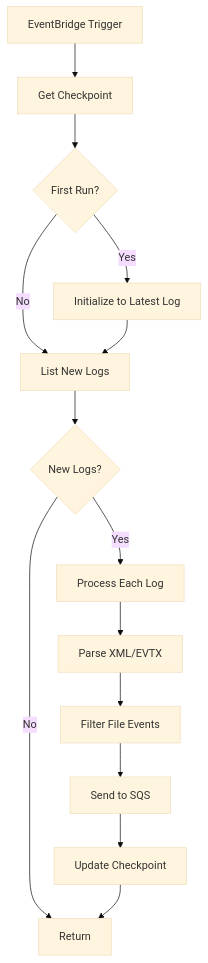
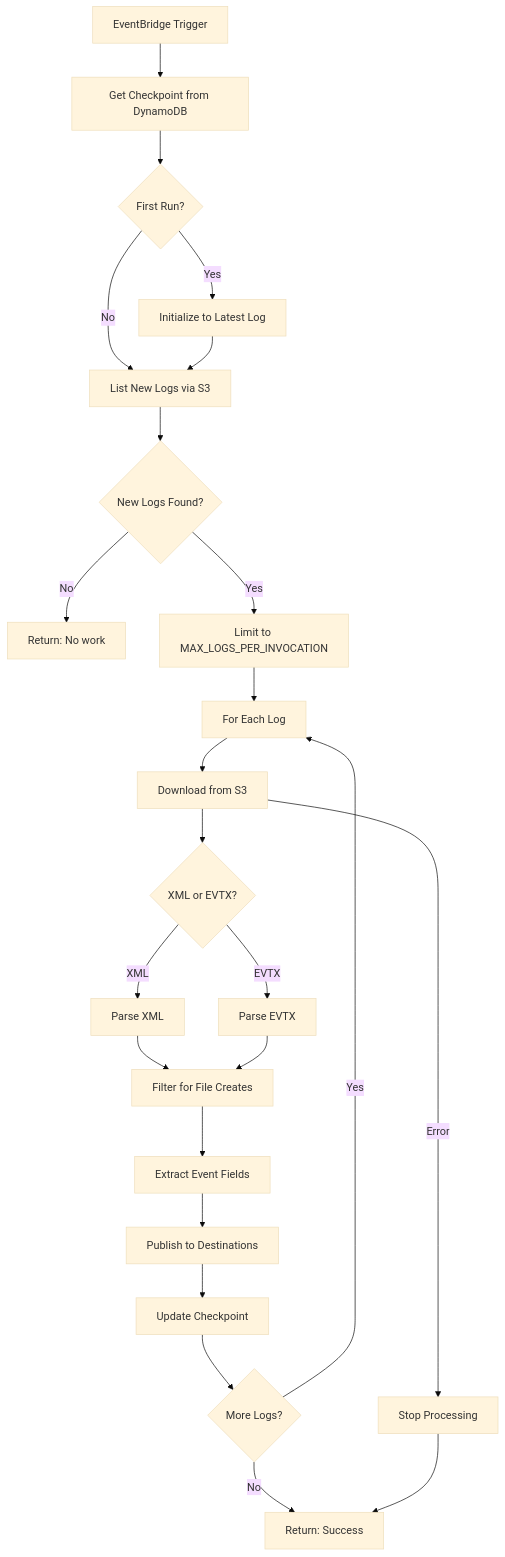
One commit to aws-samples/sample-fsx-ontap-audit-events changed the first of 5 diagrams in .agents/summary/workflows.md. Above: the diagram before and after it, drawn with Mermaid (base theme). The commit also changed other lines of this file and 20 other files, not shown here.

First line of the commit message:
refactor: simplify to EventBridge-only output with optional example deployment

````diff
--- a/.agents/summary/workflows.md
+++ b/.agents/summary/workflows.md
@@ -5,16 +5,27 @@
 ```mermaid
 flowchart TD
-    A[EventBridge Trigger] --> B[Get Checkpoint]
+    A[EventBridge Trigger] --> B[Get Checkpoint from DynamoDB]
     B --> C{First Run?}
     C -->|Yes| D[Initialize to Latest Log]
-    C -->|No| E[List New Logs]
+    C -->|No| E[List New Logs via S3]
     D --> E
-    E --> F{New Logs?}
-    F -->|No| G[Return]
-    F -->|Yes| H[Process Each Log]
-    H --> I[Parse XML/EVTX]
-    I --> J[Filter File Events]
-    J --> K[Send to SQS]
-    K --> L[Update Checkpoint]
-    L --> G
+    E --> F{New Logs Found?}
+    F -->|No| G[Return: No work]
+    F -->|Yes| H[Limit to MAX_LOGS_PER_INVOCATION]
+    H --> I[For Each Log]
+    I --> J[Download from S3]
+    J --> K{XML or EVTX?}
+    K -->|XML| L[Parse XML]
+    K -->|EVTX| M[Parse EVTX]
+    L --> N[Filter for File Creates]
+    M --> N
+    N --> O[Extract Event Fields]
+    O --> P[Publish to Destinations]
+    P --> Q[Update Checkpoint]
+    Q --> R{More Logs?}
+    R -->|Yes| I
+    R -->|No| S[Return: Success]
+    
+    J -->|Error| T[Stop Processing]
+    T --> S
 ```
````
